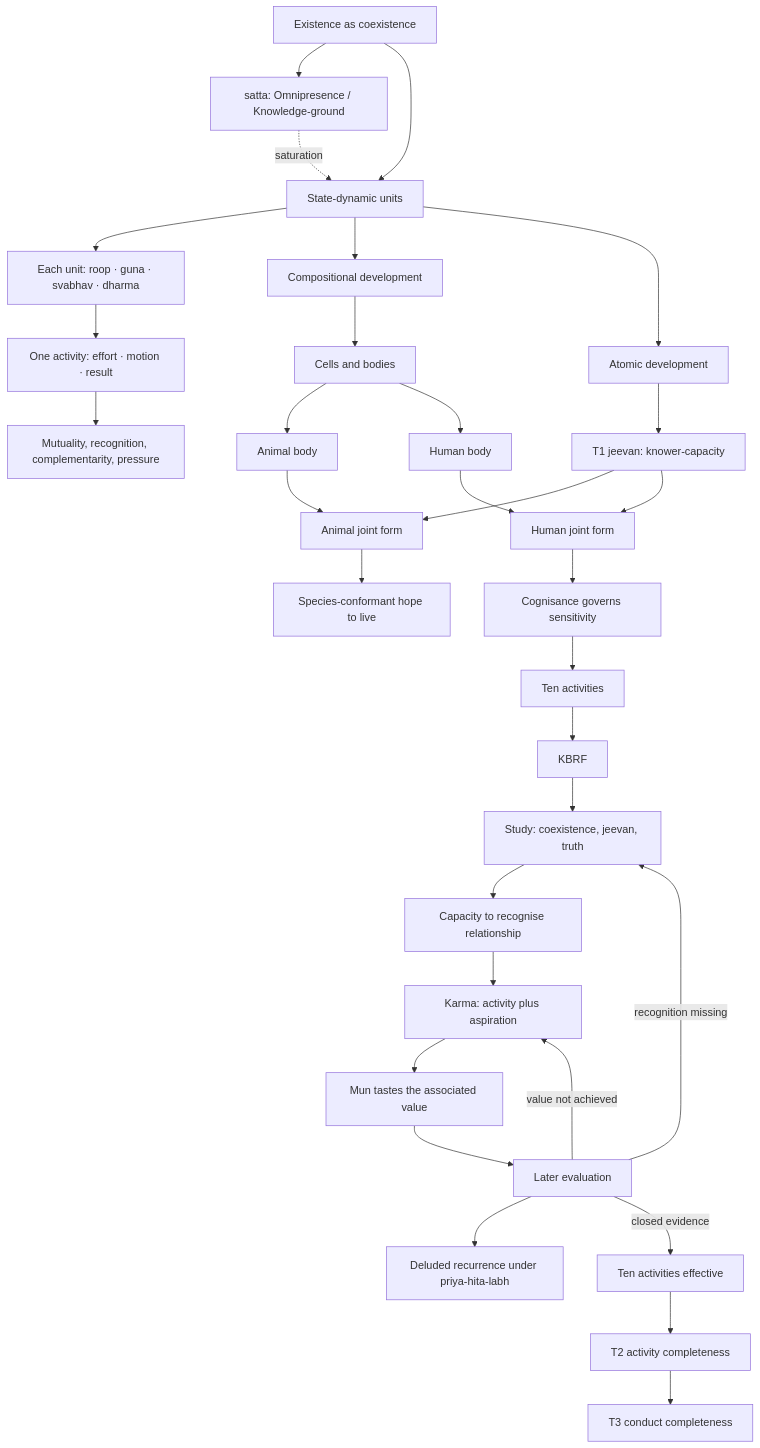
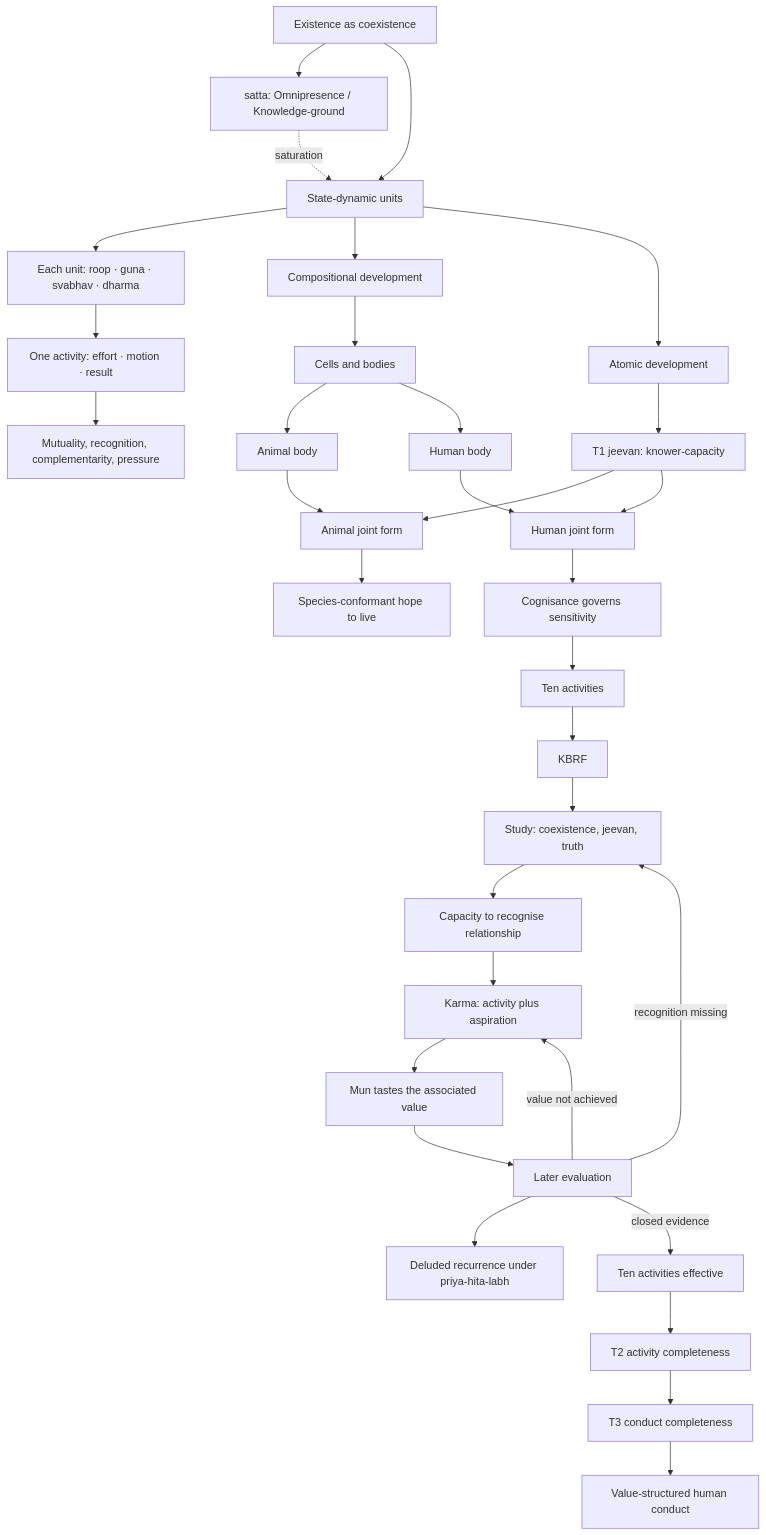
One commit to raghavamohan/AnalyticMadhyasthDarshan changed the first of 8 diagrams in Studies/A-State-Dynamic-Model-Of-Coexistence/A-State-Dynamic-Model-Of-Coexistence.md. Above: the diagram before and after it, drawn with Mermaid. The commit also changed other lines of this file and 9 other files, not shown here.

````diff
--- a/Studies/A-State-Dynamic-Model-Of-Coexistence/A-State-Dynamic-Model-Of-Coexistence.md
+++ b/Studies/A-State-Dynamic-Model-Of-Coexistence/A-State-Dynamic-Model-Of-Coexistence.md
@@ -20,37 +20,38 @@
 ```mermaid
 flowchart TD
     E["Existence as coexistence"] --> O["satta: Omnipresence / Knowledge-ground"]
     E --> U["State-dynamic units"]
     O -.->|"saturation"| U
     U --> ONE["Each unit: roop · guna · svabhav · dharma"]
     ONE --> EMR["One activity: effort · motion · result"]
     EMR --> MUT["Mutuality, recognition, complementarity, pressure"]
 
     U --> CL["Compositional development"]
     CL --> BIO["Cells and bodies"]
     U --> AL["Atomic development"]
     AL --> T1["T1 jeevan: knower-capacity"]
     BIO --> AB["Animal body"]
     BIO --> HB["Human body"]
     T1 --> AJ["Animal joint form"]
     T1 --> HJ["Human joint form"]
     AB --> AJ
     HB --> HJ
 
     AJ --> AE["Species-conformant hope to live"]
 
     HJ --> COG["Cognisance governs sensitivity"]
     COG --> HF["Ten activities"]
     HF --> REC["KBRF"]
     REC --> STUDY["Study: coexistence, jeevan, truth"]
     STUDY --> CAP["Capacity to recognise relationship"]
     CAP --> KARMA["Karma: activity plus aspiration"]
     KARMA --> TASTE["Mun tastes the associated value"]
     TASTE --> EVALN["Later evaluation"]
     EVALN -->|"recognition missing"| STUDY
     EVALN -->|"value not achieved"| KARMA
     EVALN --> DEL["Deluded recurrence under priya-hita-labh"]
     EVALN -->|"closed evidence"| ALIGN["Ten activities effective"]
     ALIGN --> T2["T2 activity completeness"]
     T2 --> T3["T3 conduct completeness"]
+    T3 --> VSC["Value-structured human conduct"]
 ```
````
